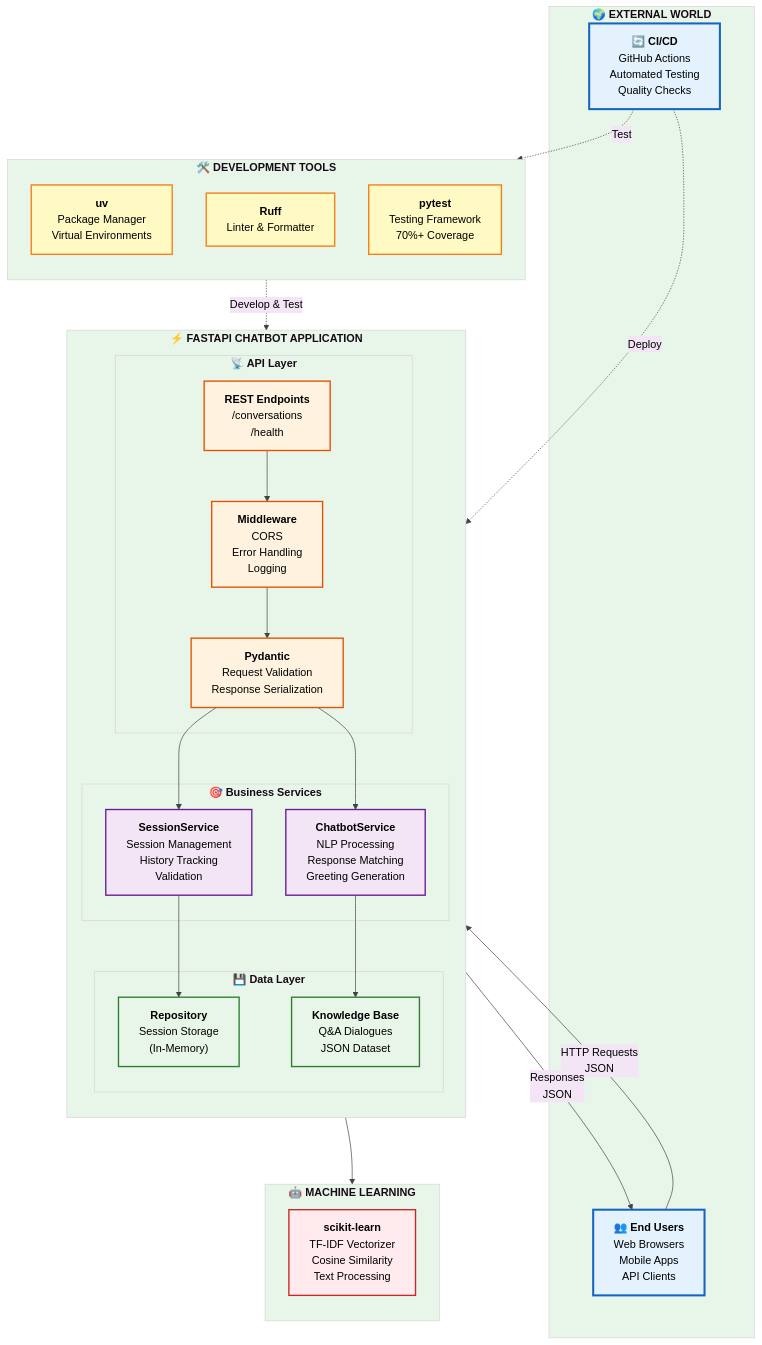
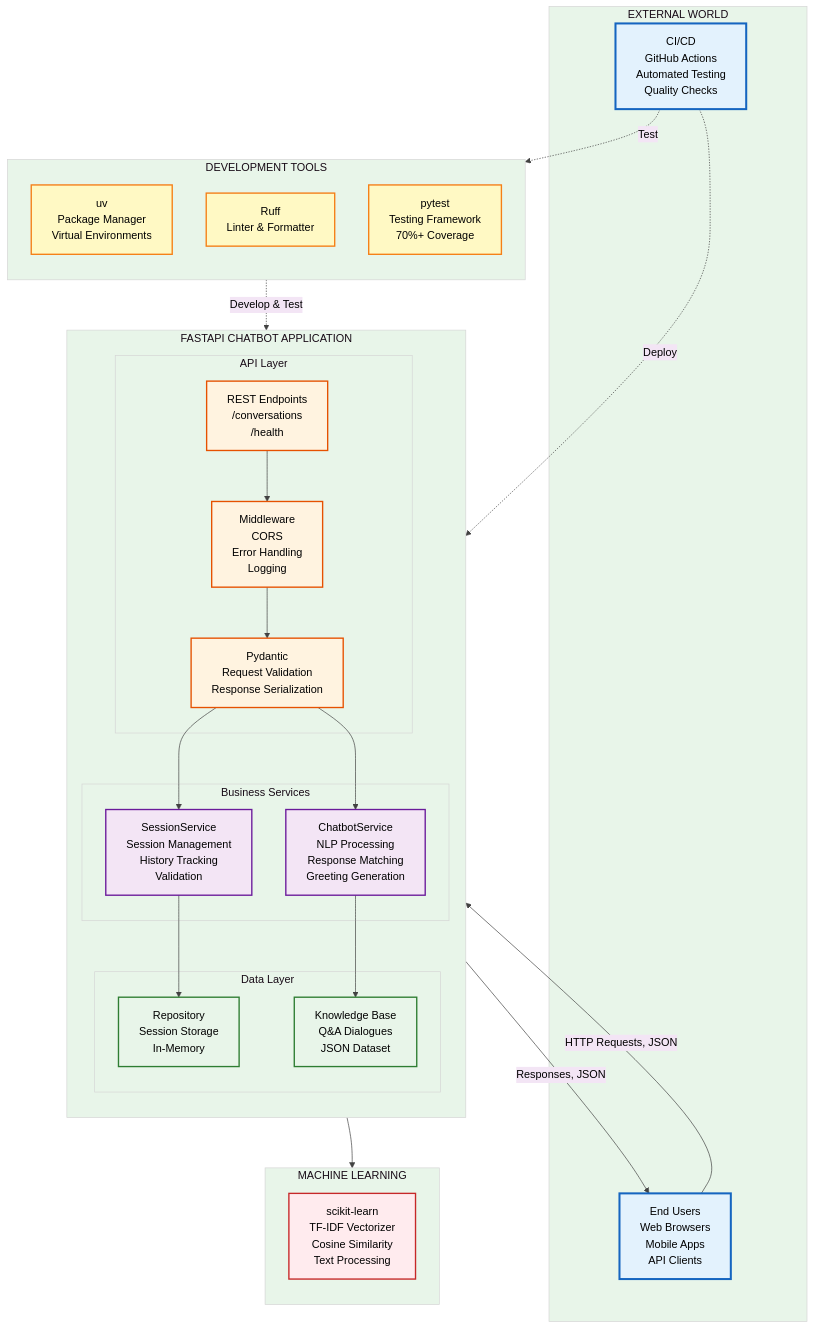
Before and after one commit to AlyonaCIA/FastAPI_Chatbot: the first of 4 diagrams in README.md, drawn with Mermaid. The commit also changed other lines of this file, not shown here.

Commit message:
fix: remove emojis from mermaid diagrams to fix github rendering

````diff
--- a/README.md
+++ b/README.md
@@ -136,77 +136,77 @@
 ```mermaid
 %%{init: {'theme':'base', 'themeVariables': {'primaryColor':'#e3f2fd','primaryTextColor':'#000','primaryBorderColor':'#1565c0','lineColor':'#424242','secondaryColor':'#f3e5f5','tertiaryColor':'#e8f5e9'}}}%%
 graph TB
-    subgraph External["<b>🌍 EXTERNAL WORLD</b>"]
-        Users["👥 <b>End Users</b><br/>Web Browsers<br/>Mobile Apps<br/>API Clients"]
-        CI["🔄 <b>CI/CD</b><br/>GitHub Actions<br/>Automated Testing<br/>Quality Checks"]
+    subgraph External["EXTERNAL WORLD"]
+        Users["End Users<br/>Web Browsers<br/>Mobile Apps<br/>API Clients"]
+        CI["CI/CD<br/>GitHub Actions<br/>Automated Testing<br/>Quality Checks"]
     end
 
-    subgraph FastAPI["<b>⚡ FASTAPI CHATBOT APPLICATION</b>"]
+    subgraph FastAPI["FASTAPI CHATBOT APPLICATION"]
         direction TB
         
-        subgraph API["<b>📡 API Layer</b>"]
-            Router["<b>REST Endpoints</b><br/>/conversations<br/>/health"]
-            Middleware["<b>Middleware</b><br/>CORS<br/>Error Handling<br/>Logging"]
-            Validation["<b>Pydantic</b><br/>Request Validation<br/>Response Serialization"]
+        subgraph API["API Layer"]
+            Router["REST Endpoints<br/>/conversations<br/>/health"]
+            Middleware["Middleware<br/>CORS<br/>Error Handling<br/>Logging"]
+            Validation["Pydantic<br/>Request Validation<br/>Response Serialization"]
         end
         
-        subgraph Services["<b>🎯 Business Services</b>"]
-            Chatbot["<b>ChatbotService</b><br/>NLP Processing<br/>Response Matching<br/>Greeting Generation"]
-            Session["<b>SessionService</b><br/>Session Management<br/>History Tracking<br/>Validation"]
+        subgraph Services["Business Services"]
+            Chatbot["ChatbotService<br/>NLP Processing<br/>Response Matching<br/>Greeting Generation"]
+            Session["SessionService<br/>Session Management<br/>History Tracking<br/>Validation"]
         end
         
-        subgraph Data["<b>💾 Data Layer</b>"]
-            Repository["<b>Repository</b><br/>Session Storage<br/>(In-Memory)"]
-            KnowledgeBase["<b>Knowledge Base</b><br/>Q&A Dialogues<br/>JSON Dataset"]
+        subgraph Data["Data Layer"]
+            Repository["Repository<br/>Session Storage<br/>In-Memory"]
+            KnowledgeBase["Knowledge Base<br/>Q&A Dialogues<br/>JSON Dataset"]
         end
     end
 
-    subgraph ML["<b>🤖 MACHINE LEARNING</b>"]
+    subgraph ML["MACHINE LEARNING"]
         direction TB
-        SKLearn["<b>scikit-learn</b><br/>TF-IDF Vectorizer<br/>Cosine Similarity<br/>Text Processing"]
+        SKLearn["scikit-learn<br/>TF-IDF Vectorizer<br/>Cosine Similarity<br/>Text Processing"]
     end
 
-    subgraph Tools["<b>🛠️ DEVELOPMENT TOOLS</b>"]
+    subgraph Tools["DEVELOPMENT TOOLS"]
         direction TB
-        UV["<b>uv</b><br/>Package Manager<br/>Virtual Environments"]
-        Ruff["<b>Ruff</b><br/>Linter & Formatter"]
-        Pytest["<b>pytest</b><br/>Testing Framework<br/>70%+ Coverage"]
+        UV["uv<br/>Package Manager<br/>Virtual Environments"]
+        Ruff["Ruff<br/>Linter & Formatter"]
+        Pytest["pytest<br/>Testing Framework<br/>70%+ Coverage"]
     end
 
     %% User interactions
-    Users -->|"HTTP Requests<br/>JSON"| Router
-    Router -->|"Responses<br/>JSON"| Users
+    Users -->|HTTP Requests, JSON| Router
+    Router -->|Responses, JSON| Users
     
     %% API Flow
     Router --> Middleware
     Middleware --> Validation
     Validation --> Chatbot
     Validation --> Session
     
     %% Service to Data
     Chatbot --> KnowledgeBase
     Chatbot --> SKLearn
     Session --> Repository
     
     %% CI/CD
-    CI -.->|"Deploy"| FastAPI
-    CI -.->|"Test"| Tools
+    CI -.->|Deploy| FastAPI
+    CI -.->|Test| Tools
     
     %% Tool connections
-    Tools -.->|"Develop & Test"| FastAPI
+    Tools -.->|Develop & Test| FastAPI
     
     %% Styling
     classDef externalClass fill:#e3f2fd,stroke:#1565c0,stroke-width:3px,color:#000
     classDef apiClass fill:#fff3e0,stroke:#e65100,stroke-width:2px,color:#000
     classDef serviceClass fill:#f3e5f5,stroke:#6a1b9a,stroke-width:2px,color:#000
     classDef dataClass fill:#e8f5e9,stroke:#2e7d32,stroke-width:2px,color:#000
     classDef mlClass fill:#ffebee,stroke:#c62828,stroke-width:2px,color:#000
     classDef toolClass fill:#fff9c4,stroke:#f57f17,stroke-width:2px,color:#000
     
     class Users,CI externalClass
     class Router,Middleware,Validation apiClass
     class Chatbot,Session serviceClass
     class Repository,KnowledgeBase dataClass
     class SKLearn mlClass
     class UV,Ruff,Pytest toolClass
 ```
````
